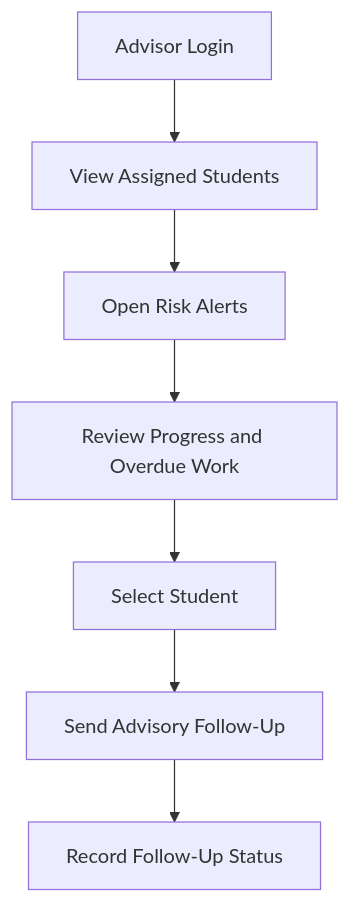
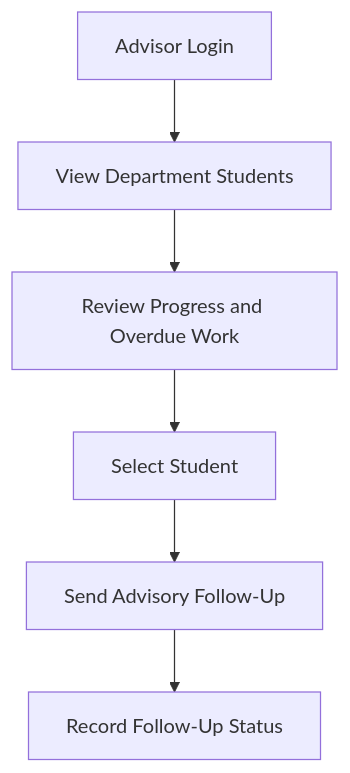
One commit to wingkit123/QuestLearn changed the fifth of 15 diagrams in part-i/Use-Cases.md. Above: the diagram before and after it, drawn with Mermaid. The commit also changed other lines of this file and 9 other files, not shown here.

````diff
--- a/part-i/Use-Cases.md
+++ b/part-i/Use-Cases.md
@@ -400,9 +383,8 @@
 ```mermaid
 flowchart TD
-    A[Advisor Login] --> B[View Assigned Students]
-    B --> C[Open Risk Alerts]
-    C --> D[Review Progress and Overdue Work]
-    D --> E[Select Student]
-    E --> F[Send Advisory Follow-Up]
-    F --> G[Record Follow-Up Status]
+    A[Advisor Login] --> B[View Department Students]
+    B --> C[Review Progress and Overdue Work]
+    C --> D[Select Student]
+    D --> E[Send Advisory Follow-Up]
+    E --> F[Record Follow-Up Status]
 ```
````
